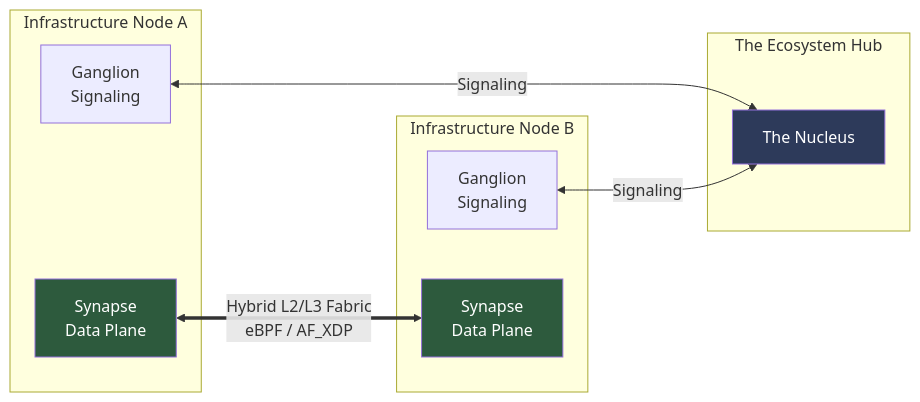
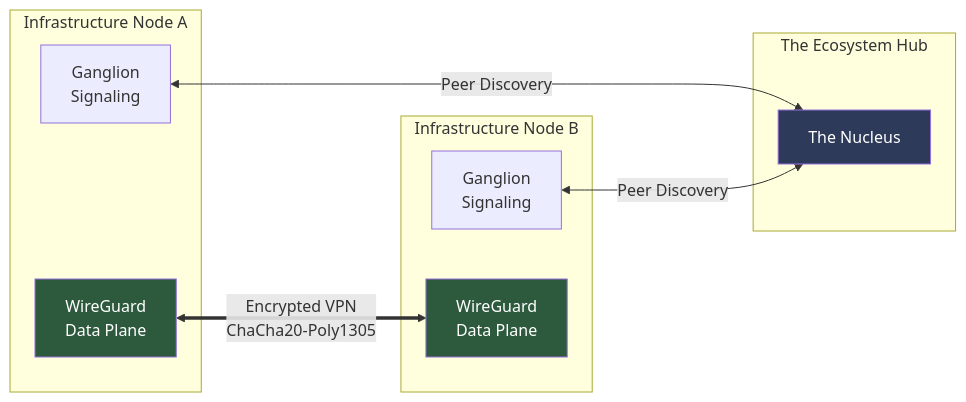
The diagram in README.md (omniedgeio/OmniNervous), drawn with Mermaid before and after one commit. The commit also changed other lines of this file and 1 other file, not shown here.

First line of the commit message:
Update documentation for WireGuard migration

````diff
--- a/README.md
+++ b/README.md
@@ -30,24 +23,24 @@
 ```mermaid
 graph LR
     subgraph "Infrastructure Node A"
         G_A[Ganglion<br/>Signaling]
-        S_A[Synapse<br/>Data Plane]
+        WG_A[WireGuard<br/>Data Plane]
     end
-    
+
     subgraph "The Ecosystem Hub"
         N[The Nucleus]
     end
-    
+
     subgraph "Infrastructure Node B"
         G_B[Ganglion<br/>Signaling]
-        S_B[Synapse<br/>Data Plane]
+        WG_B[WireGuard<br/>Data Plane]
     end
-    
-    G_A <-->|Signaling| N
-    G_B <-->|Signaling| N
-    S_A <==>|Hybrid L2/L3 Fabric<br/>eBPF / AF_XDP| S_B
-    
-    style S_A fill:#2d5a3d,color:#fff
-    style S_B fill:#2d5a3d,color:#fff
+
+    G_A <-->|Peer Discovery| N
+    G_B <-->|Peer Discovery| N
+    WG_A <==>|Encrypted VPN<br/>ChaCha20-Poly1305| WG_B
+
+    style WG_A fill:#2d5a3d,color:#fff
+    style WG_B fill:#2d5a3d,color:#fff
     style N fill:#2d3a5a,color:#fff
 ```
````
